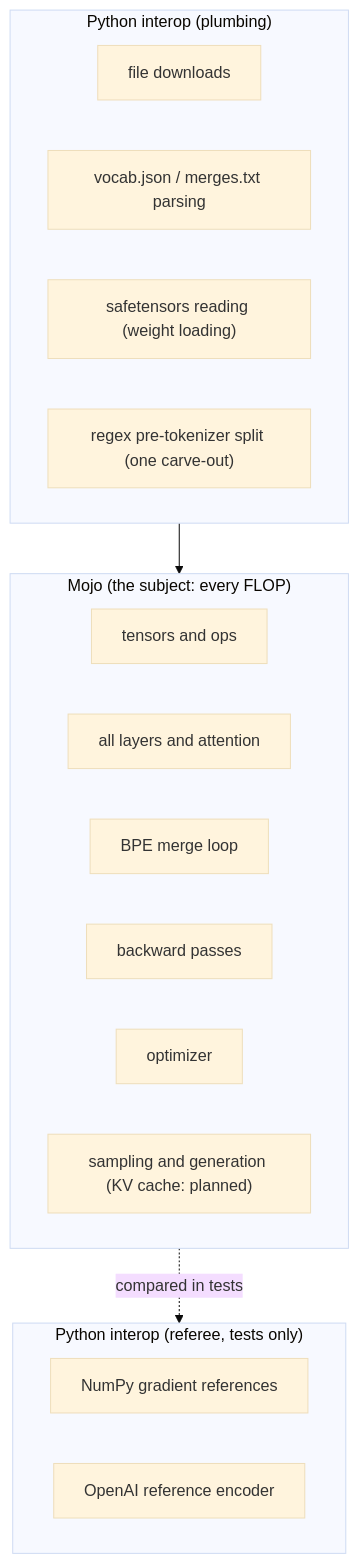
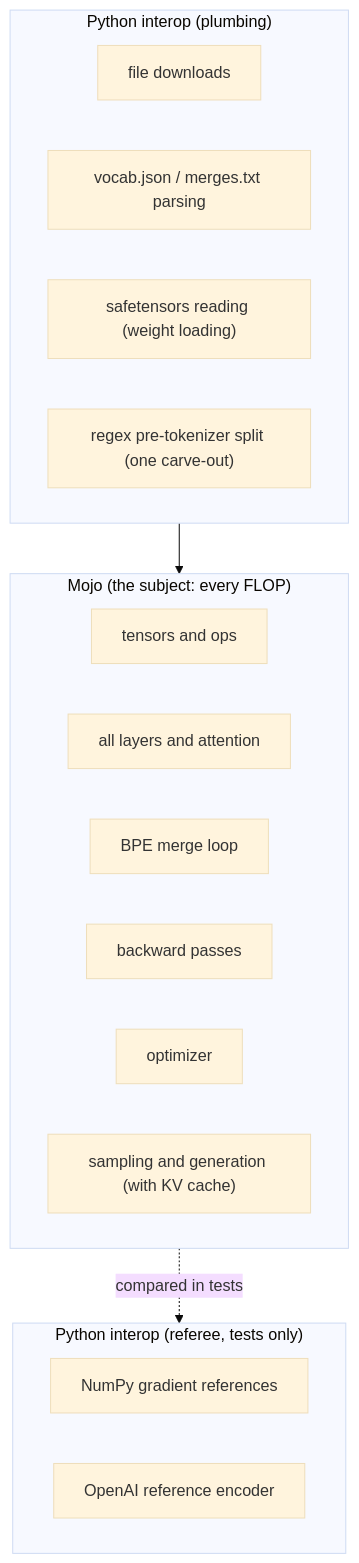
The fourth of 5 diagrams in ARCHITECTURE.md (mikeleppane/llm.mojo), drawn with Mermaid (base theme) before and after one commit. The commit also changed other lines of this file and 3 other files, not shown here.

````diff
--- a/ARCHITECTURE.md
+++ b/ARCHITECTURE.md
@@ -375,26 +380,26 @@
 ```mermaid
 flowchart TD
     subgraph mojo["Mojo (the subject: every FLOP)"]
         A["tensors and ops"]
         B["all layers and attention"]
         C["BPE merge loop"]
         D["backward passes"]
         E["optimizer"]
-        F["sampling and generation (KV cache: planned)"]
+        F["sampling and generation (with KV cache)"]
     end
 
     subgraph plumbing["Python interop (plumbing)"]
         G["file downloads"]
         H["vocab.json / merges.txt parsing"]
         I["safetensors reading (weight loading)"]
         J["regex pre-tokenizer split (one carve-out)"]
     end
 
     subgraph referee["Python interop (referee, tests only)"]
         K["NumPy gradient references"]
         L["OpenAI reference encoder"]
     end
 
     plumbing --> mojo
     mojo -.->|compared in tests| referee
 ```
````
